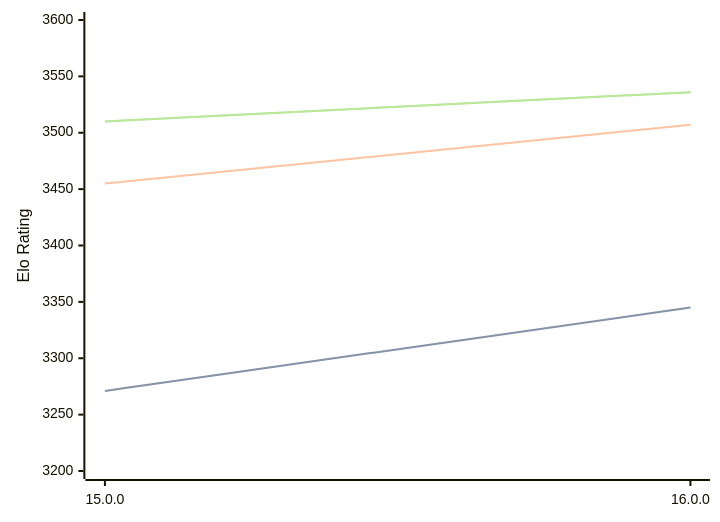
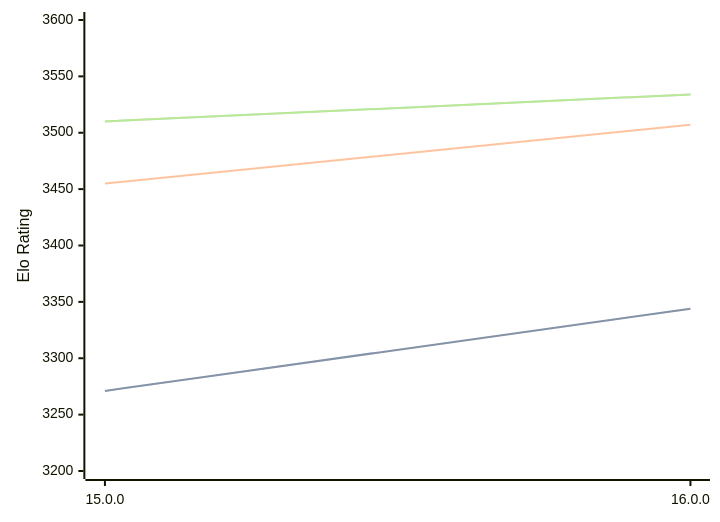
One commit to computer-chess-index/cci changed the third of 3 diagrams in engines/Halogen.md. Above: the diagram before and after it, drawn with Mermaid. The commit also changed other lines of this file, not shown here.

Commit message:
Update CCI Ratings (ELO VLTC) - 2026-06-17

````diff
--- a/engines/Halogen.md
+++ b/engines/Halogen.md
@@ -83,11 +83,11 @@
 ```mermaid
 %%{init: {"theme":"base","themeVariables":{"seriesColors:['#a3a3a3','#222221','#faa371']}}}%%
 xychart-beta
   x-axis ["15.0.0", "16.0.0"]
   y-axis "Elo Rating" 3200 --> 3600
-  line "STC (8.0+0.08s)" [3271, 3345]
-  line "STC (8.0+0.08s)" [3271, 3345]
+  line "STC (8.0+0.08s)" [3271, 3344]
+  line "STC (8.0+0.08s)" [3271, 3344]
   line "LTC (60.0+0.60s)" [3455, 3507]
-  line "VLTC (2m24s+1.12s)" [3510, 3536]
-  line "VLTC (2m24s+1.12s)" [3510, 3536]
+  line "VLTC (2m24s+1.12s)" [3510, 3534]
+  line "VLTC (2m24s+1.12s)" [3510, 3534]
 ```
````
